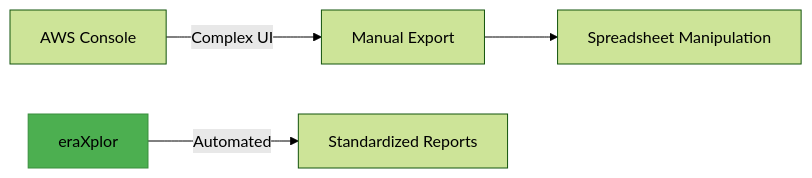
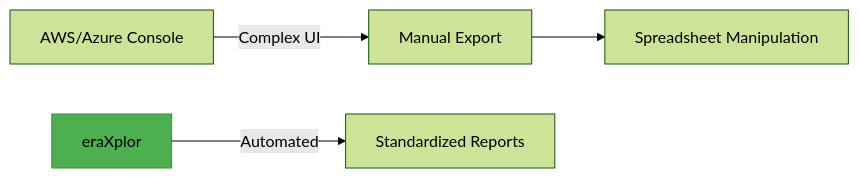
Before and after one commit to Mohamed-Eleraki/eraXplor: the diagram in docs/index.md, drawn with Mermaid (forest theme). The commit also changed other lines of this file and 34 other files, not shown here.

````diff
--- a/docs/index.md
+++ b/docs/index.md
@@ -27,7 +29,7 @@
 ```mermaid
 graph LR
-    A[AWS Console] -->|Complex UI| B[Manual Export]
+    A[AWS/Azure Console] -->|Complex UI| B[Manual Export]
     B --> C[Spreadsheet Manipulation]
     D[eraXplor] -->|Automated| E[Standardized Reports]
     style D fill:#4CAF50,stroke:#388E3C
 ```
````
